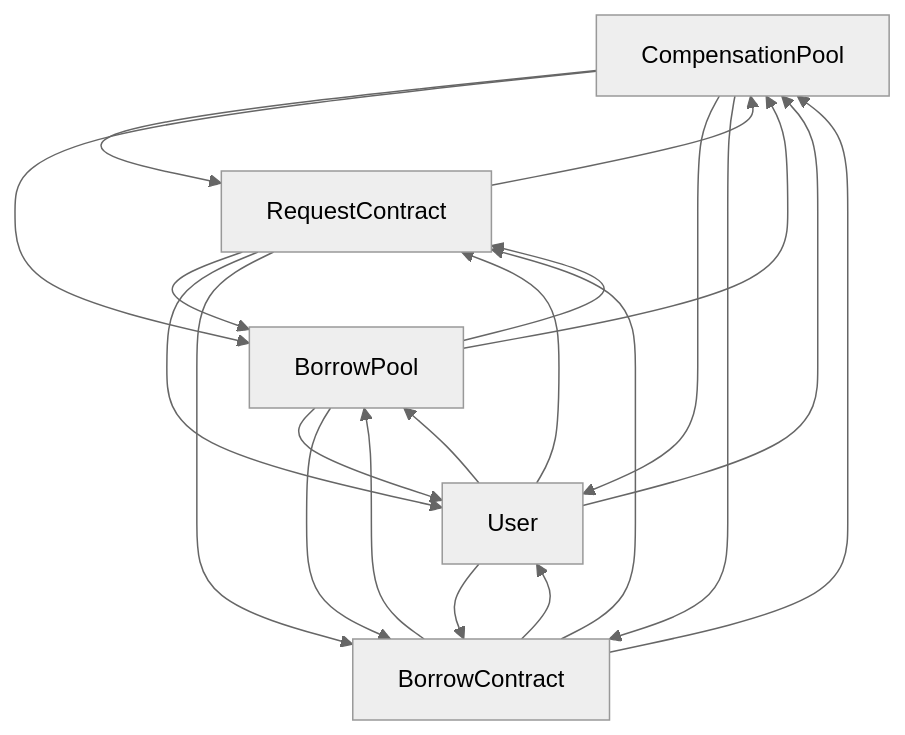
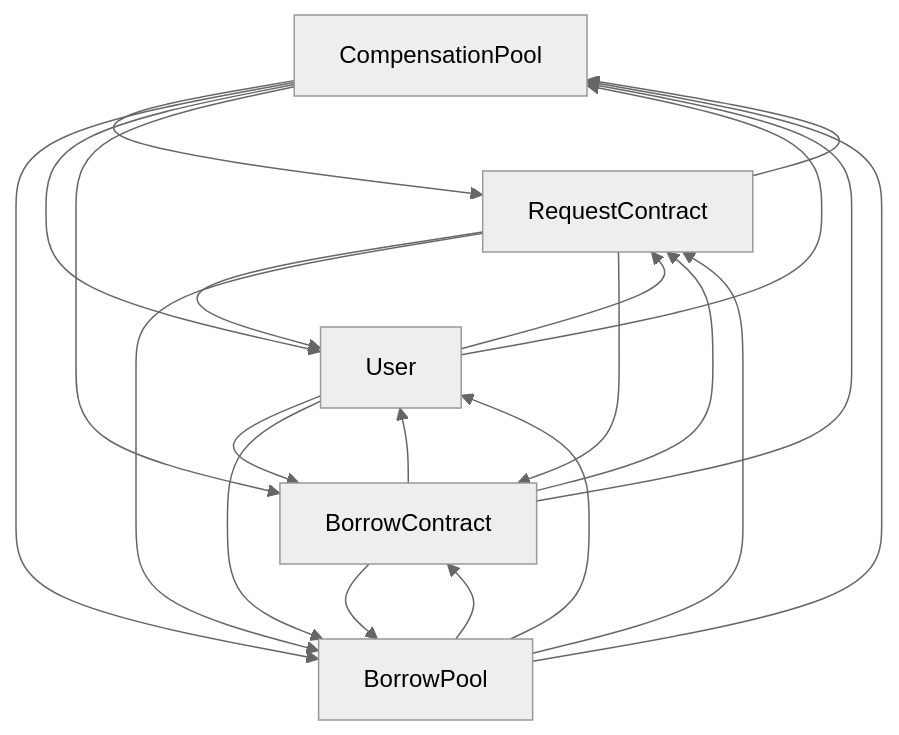
One commit to Timurhaip/contract changed the second of 2 diagrams in buildAppContract/AppContract_CompensationPool.md. Above: the diagram before and after it, drawn with Mermaid (neutral theme). The commit also changed other lines of this file and 333 other files, not shown here.

````diff
--- a/buildAppContract/AppContract_CompensationPool.md
+++ b/buildAppContract/AppContract_CompensationPool.md
@@ -275,24 +297,24 @@
 ```mermaid
 graph TD
 CompensationPool
 CompensationPool --> RequestContract
-RequestContract --> CompensationPool
+RequestContract --> User
+User --> CompensationPool
 CompensationPool --> BorrowPool
 BorrowPool --> CompensationPool
 CompensationPool --> User
 User --> RequestContract
-RequestContract --> BorrowPool
-BorrowPool --> User
-User --> CompensationPool
+RequestContract --> CompensationPool
 CompensationPool --> BorrowContract
 BorrowContract --> CompensationPool
 BorrowContract --> RequestContract
-RequestContract --> User
+RequestContract --> BorrowPool
+BorrowPool --> User
 User --> BorrowContract
-BorrowContract --> BorrowPool
+BorrowContract --> User
+User --> BorrowPool
 BorrowPool --> RequestContract
 RequestContract --> BorrowContract
-BorrowContract --> User
-User --> BorrowPool
+BorrowContract --> BorrowPool
 BorrowPool --> BorrowContract
 ```
````
